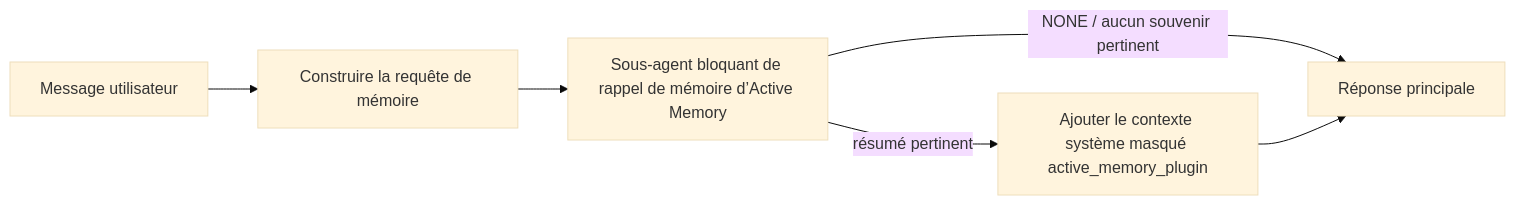
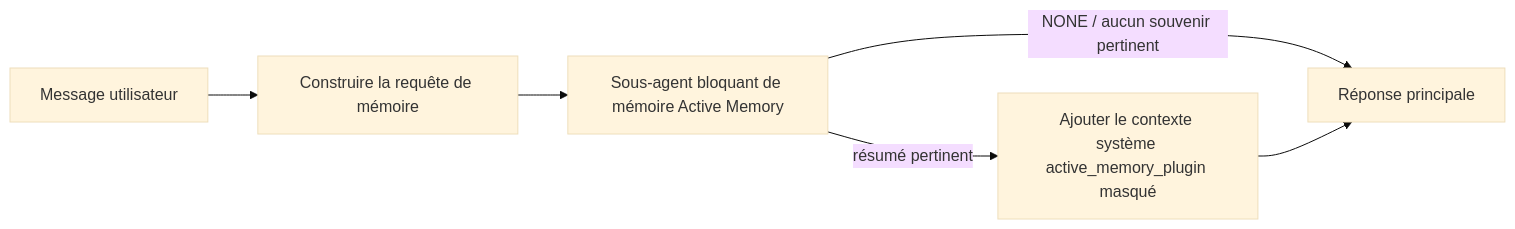
The diagram in docs/fr/concepts/active-memory.md (openclaw/docs), drawn with Mermaid (base theme) before and after one commit. The commit also changed other lines of this file and 11240 other files, not shown here.

````diff
--- a/docs/fr/concepts/active-memory.md
+++ b/docs/fr/concepts/active-memory.md
@@ -84,8 +85,8 @@
 ```mermaid
 flowchart LR
   U["Message utilisateur"] --> Q["Construire la requête de mémoire"]
-  Q --> R["Sous-agent bloquant de rappel de mémoire d’Active Memory"]
+  Q --> R["Sous-agent bloquant de mémoire Active Memory"]
   R -->|NONE / aucun souvenir pertinent| M["Réponse principale"]
-  R -->|résumé pertinent| I["Ajouter le contexte système masqué active_memory_plugin"]
+  R -->|résumé pertinent| I["Ajouter le contexte système active_memory_plugin masqué"]
   I --> M["Réponse principale"]
 ```
````
